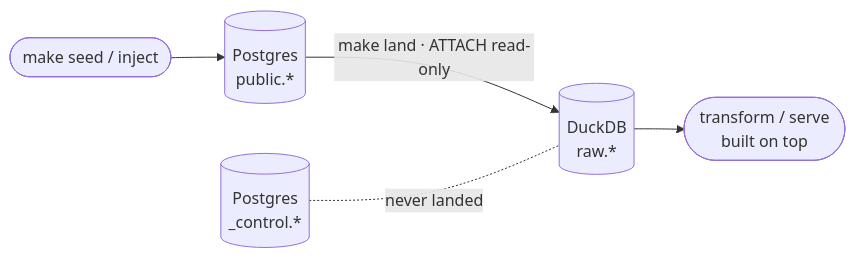
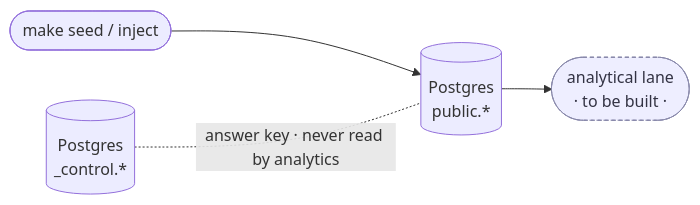
The first of 3 diagrams in readme.md (luanmorenommaciel/uc-postgres-duckdb-dbt-analytics), drawn with Mermaid before and after one commit. The commit also changed other lines of this file and 99 other files, not shown here.

````diff
--- a/readme.md
+++ b/readme.md
@@ -42,7 +35,7 @@
 ```mermaid
 graph LR
     G([make seed / inject]) --> P[(Postgres<br/>public.*)]
-    P -->|make land · ATTACH read-only| W[(DuckDB<br/>raw.*)]
-    W --> D([transform / serve<br/>built on top])
-    C[(Postgres<br/>_control.*)] -.never landed.- W
+    C[(Postgres<br/>_control.*)] -.answer key · never read by analytics.- P
+    P --> LANE([analytical lane<br/>· to be built ·]):::todo
+    classDef todo fill:#eef,stroke:#88a,color:#334,stroke-dasharray:4 3;
 ```
````
